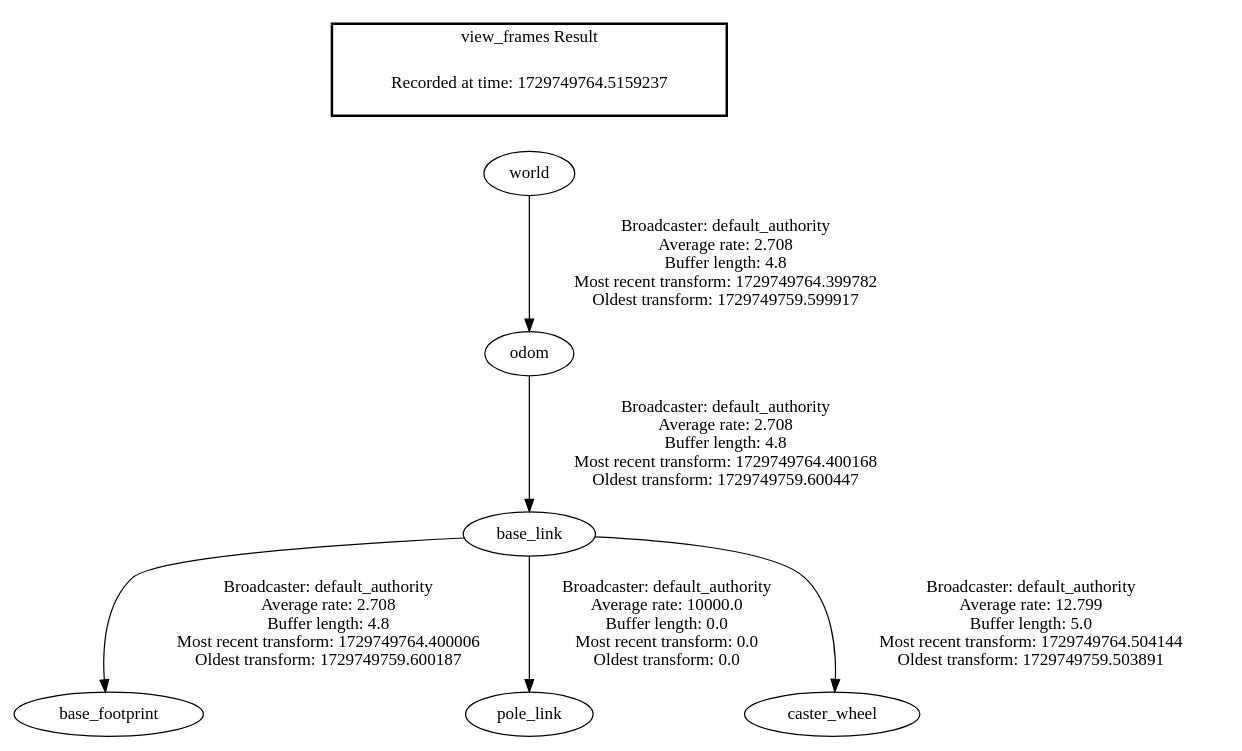
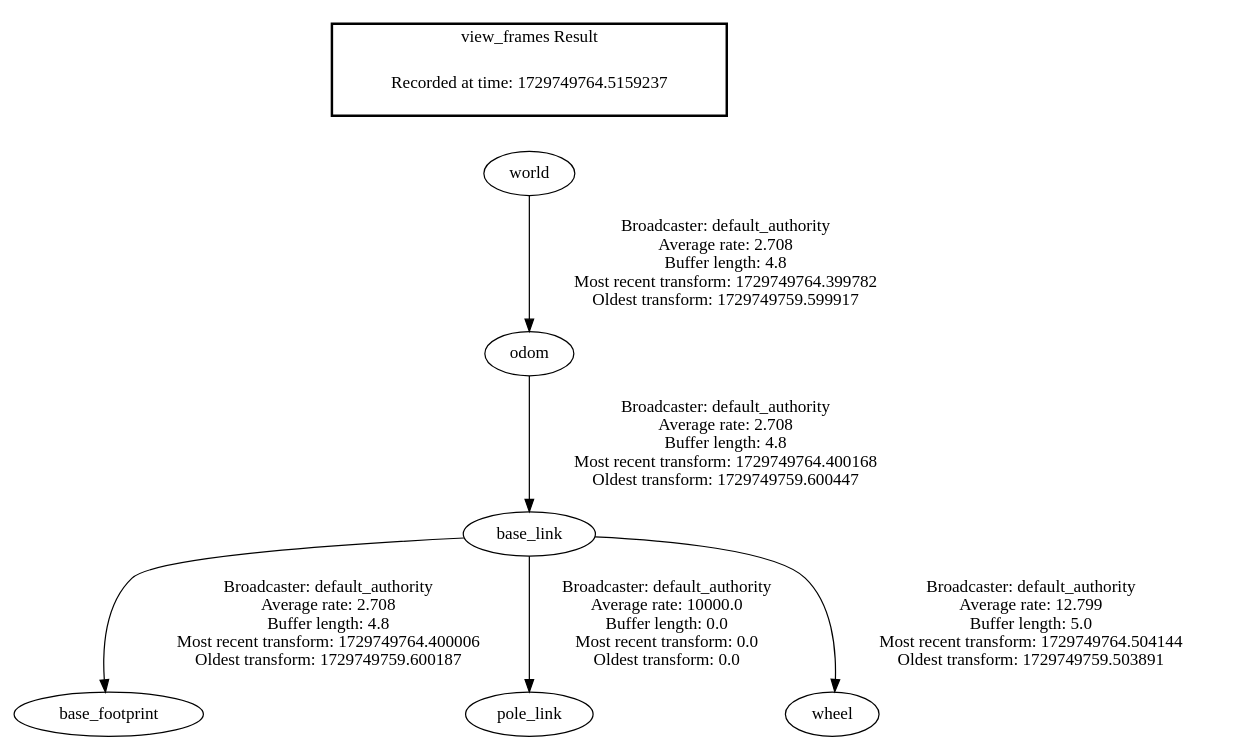
Before and after one commit to ME495-EmbeddedSystems/homework-2-asarogers: the diagram in frames_2024-10-24_01.02.44.gv, drawn with Graphviz. The commit also changed 12 other files, not shown here.

```diff
--- a/frames_2024-10-24_01.02.44.gv
+++ b/frames_2024-10-24_01.02.44.gv
@@ -1,11 +1,11 @@
 digraph G {
 "odom" -> "base_link"[label=" Broadcaster: default_authority\nAverage rate: 2.708\nBuffer length: 4.8\nMost recent transform: 1729749764.400168\nOldest transform: 1729749759.600447\n"];
 "base_link" -> "base_footprint"[label=" Broadcaster: default_authority\nAverage rate: 2.708\nBuffer length: 4.8\nMost recent transform: 1729749764.400006\nOldest transform: 1729749759.600187\n"];
 "base_link" -> "pole_link"[label=" Broadcaster: default_authority\nAverage rate: 10000.0\nBuffer length: 0.0\nMost recent transform: 0.0\nOldest transform: 0.0\n"];
-"base_link" -> "caster_wheel"[label=" Broadcaster: default_authority\nAverage rate: 12.799\nBuffer length: 5.0\nMost recent transform: 1729749764.504144\nOldest transform: 1729749759.503891\n"];
+"base_link" -> "wheel"[label=" Broadcaster: default_authority\nAverage rate: 12.799\nBuffer length: 5.0\nMost recent transform: 1729749764.504144\nOldest transform: 1729749759.503891\n"];
 "world" -> "odom"[label=" Broadcaster: default_authority\nAverage rate: 2.708\nBuffer length: 4.8\nMost recent transform: 1729749764.399782\nOldest transform: 1729749759.599917\n"];
 edge [style=invis];
  subgraph cluster_legend { style=bold; color=black; label ="view_frames Result";
 "Recorded at time: 1729749764.5159237"[ shape=plaintext ] ;
 }->"world";
 }
```
